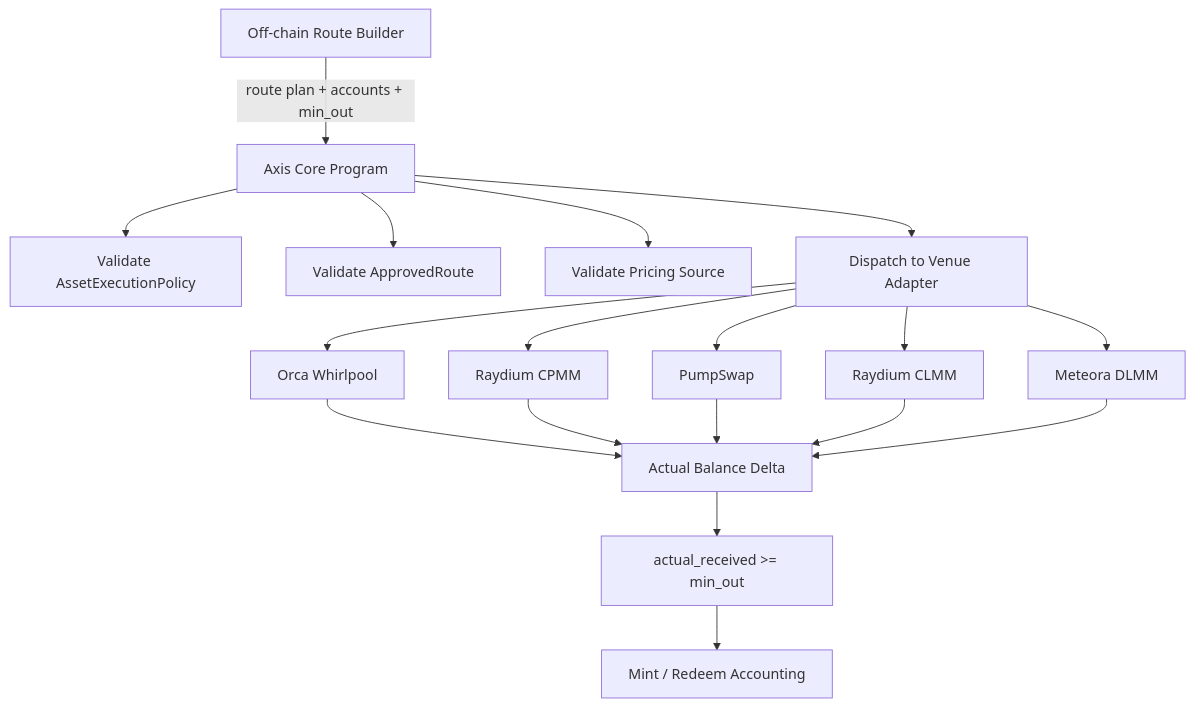
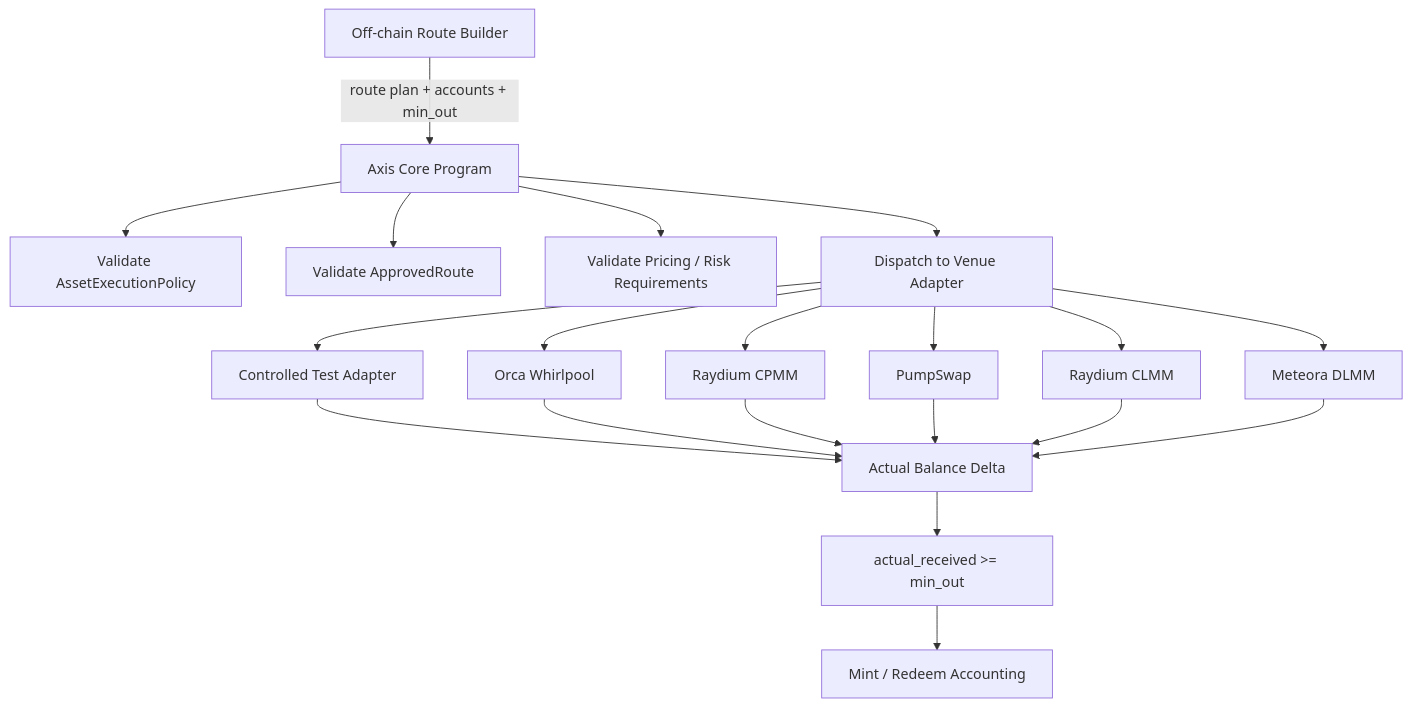
One commit to Axis-pizza/Axis_docs changed the diagram in requirements/05-swap-cpi-execution-requirements.md. Above: the diagram before and after it, drawn with Mermaid. The commit also changed other lines of this file and 10 other files, not shown here.

````diff
--- a/requirements/05-swap-cpi-execution-requirements.md
+++ b/requirements/05-swap-cpi-execution-requirements.md
@@ -18,23 +54,25 @@
 ```mermaid
 flowchart TD
     Offchain[Off-chain Route Builder] -->|route plan + accounts + min_out| Axis[Axis Core Program]
     Axis --> Policy[Validate AssetExecutionPolicy]
     Axis --> Route[Validate ApprovedRoute]
-    Axis --> Price[Validate Pricing Source]
+    Axis --> Price[Validate Pricing / Risk Requirements]
     Axis --> Adapter[Dispatch to Venue Adapter]
 
+    Adapter --> Controlled[Controlled Test Adapter]
     Adapter --> Orca[Orca Whirlpool]
     Adapter --> RaydiumCPMM[Raydium CPMM]
     Adapter --> PumpSwap[PumpSwap]
     Adapter --> RaydiumCLMM[Raydium CLMM]
     Adapter --> Meteora[Meteora DLMM]
 
-    Orca --> Delta[Actual Balance Delta]
+    Controlled --> Delta[Actual Balance Delta]
+    Orca --> Delta
     RaydiumCPMM --> Delta
     PumpSwap --> Delta
     RaydiumCLMM --> Delta
     Meteora --> Delta
 
     Delta --> Check[actual_received >= min_out]
     Check --> Accounting[Mint / Redeem Accounting]
 ```
````
